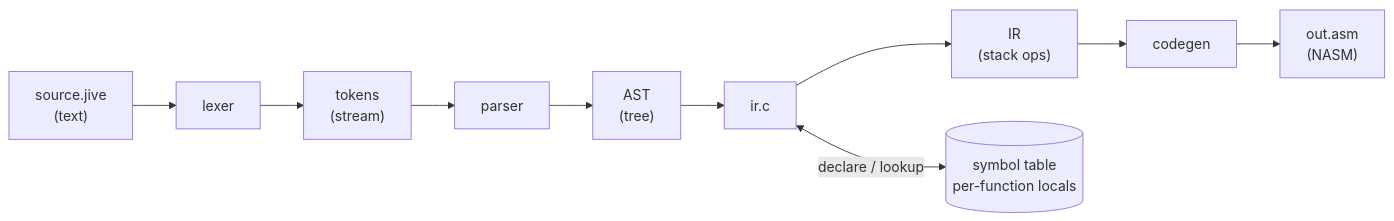
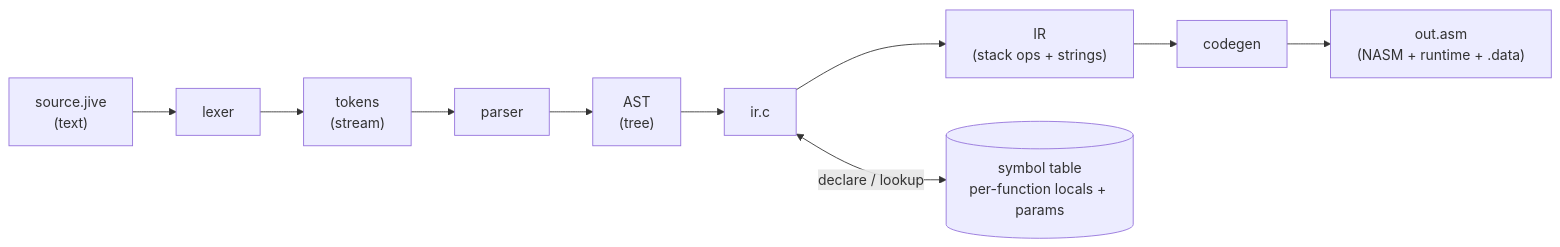
Before and after one commit to johnha912/jivec: the diagram in README.md, drawn with Mermaid. The commit also changed other lines of this file and 9 other files, not shown here.

````diff
--- a/README.md
+++ b/README.md
@@ -318,13 +368,13 @@
 ```mermaid
 flowchart LR
     src["source.jive<br/>(text)"] --> lexer[lexer]
     lexer --> tokens["tokens<br/>(stream)"]
     tokens --> parser[parser]
     parser --> ast["AST<br/>(tree)"]
     ast --> ir[ir.c]
-    ir --> irprog["IR<br/>(stack ops)"]
+    ir --> irprog["IR<br/>(stack ops + strings)"]
     irprog --> codegen[codegen]
-    codegen --> asm["out.asm<br/>(NASM)"]
+    codegen --> asm["out.asm<br/>(NASM + runtime + .data)"]
 
-    ir <-->|declare / lookup| symtab[("symbol table<br/>per-function locals")]
+    ir <-->|declare / lookup| symtab[("symbol table<br/>per-function locals + params")]
 ```
````
